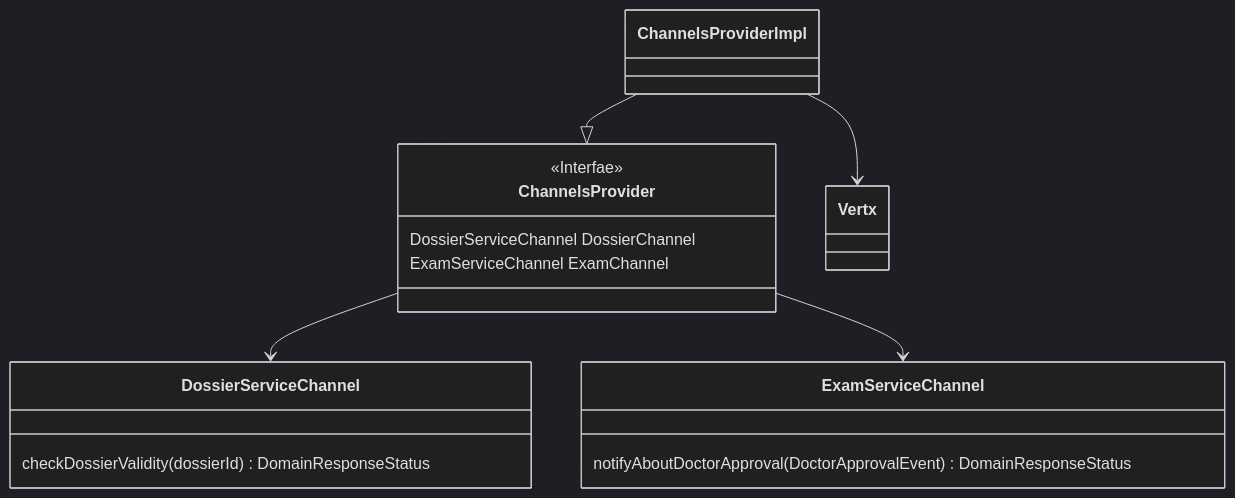
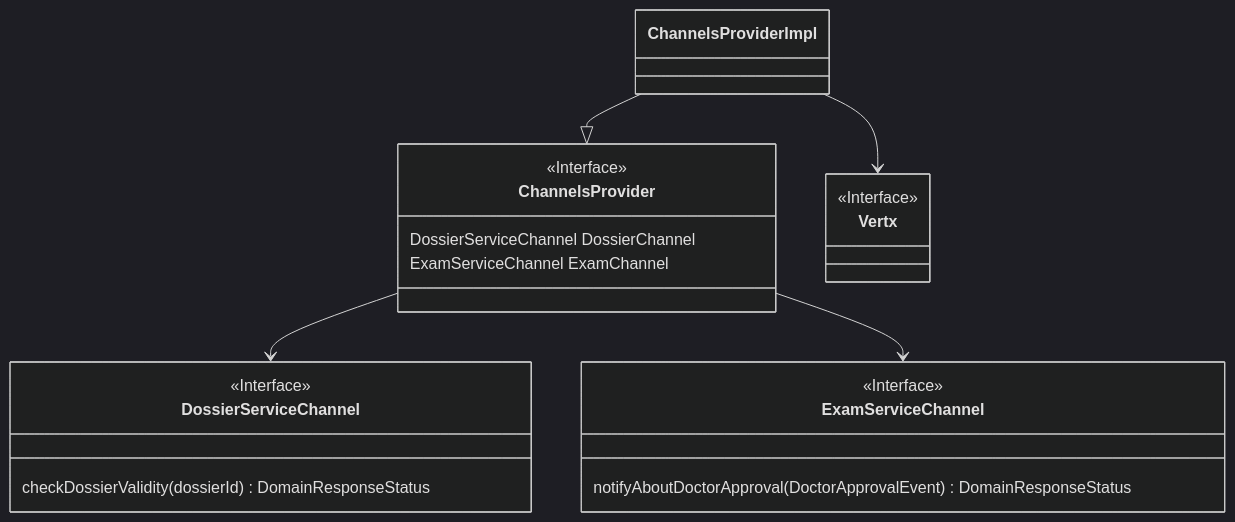
The second of 2 diagrams in docs/report/TacticalDesign/TacticalDesign.md (den-gr/Driving-School-Distributed-Management-Software), drawn with Mermaid (dark theme) before and after one commit. The commit also changed other lines of this file and 3 other files, not shown here.

````diff
--- a/docs/report/TacticalDesign/TacticalDesign.md
+++ b/docs/report/TacticalDesign/TacticalDesign.md
@@ -26,25 +63,27 @@
 ```mermaid
 classDiagram
 direction TB
 
 class ChannelsProvider{
-    <<Interfae>>
+    <<Interface>>
     DossierServiceChannel DossierChannel
     ExamServiceChannel ExamChannel
-
 }
 
 ChannelsProviderImpl --|> ChannelsProvider
 ChannelsProviderImpl --> Vertx
+<<Interface>> Vertx
 
 class DossierServiceChannel{
+    <<Interface>>
     checkDossierValidity(dossierId) DomainResponseStatus
 }
 
 class ExamServiceChannel{
+    <<Interface>>
     notifyAboutDoctorApproval(DoctorApprovalEvent) DomainResponseStatus
 }
 ChannelsProvider --> DossierServiceChannel
 ChannelsProvider --> ExamServiceChannel
 
 ```
````
